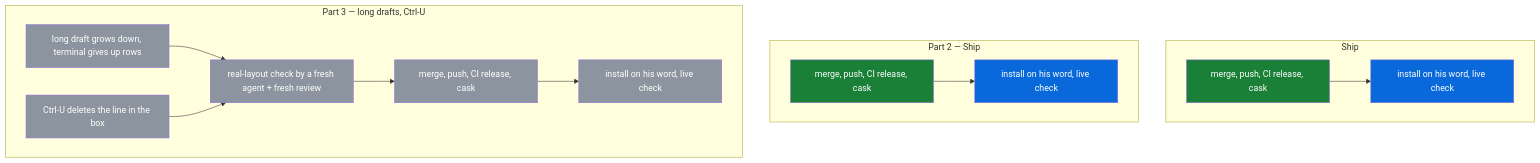
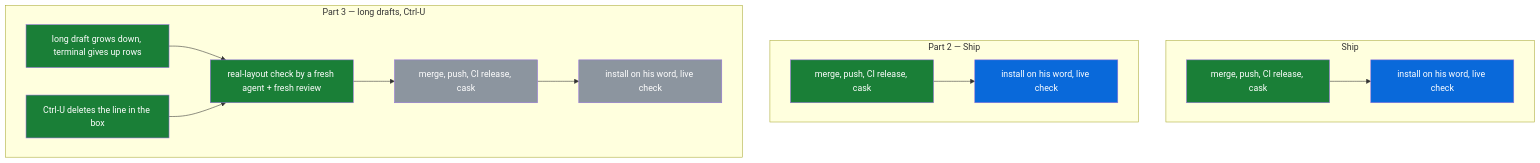
One commit to michaeljryoung/patton changed the diagram in docs/compose-box.md. Above: the diagram before and after it, drawn with Mermaid. The commit also changed other lines of this file, not shown here.

Commit message:
Compose box map: long drafts make room below and Ctrl-U built, checked and reviewed (S60)

````diff
--- a/docs/compose-box.md
+++ b/docs/compose-box.md
@@ -14,30 +14,30 @@
 ```mermaid
 flowchart TD
   subgraph S["Ship"]
     box_release[merge, push, CI release, cask]:::done
     box_ship[install on his word, live check]:::live
   end
   subgraph OS["Part 2 — Ship"]
     bar_release[merge, push, CI release, cask]:::done
     bar_ship[install on his word, live check]:::live
   end
   subgraph P3["Part 3 — long drafts, Ctrl-U"]
-    draft_room[long draft grows down, terminal gives up rows]:::todo
-    ctrl_u[Ctrl-U deletes the line in the box]:::todo
-    room_check[real-layout check by a fresh agent + fresh review]:::todo
+    draft_room[long draft grows down, terminal gives up rows]:::done
+    ctrl_u[Ctrl-U deletes the line in the box]:::done
+    room_check[real-layout check by a fresh agent + fresh review]:::done
     room_release[merge, push, CI release, cask]:::todo
     room_ship[install on his word, live check]:::todo
   end
   draft_room --> room_check
   ctrl_u --> room_check
   room_check --> room_release
   room_release --> room_ship
   box_release --> box_ship
   bar_release --> bar_ship
   classDef done fill:#1a7f37,color:#fff
   classDef live fill:#0969da,color:#fff
   classDef todo fill:#8c959f,color:#fff
   classDef blocked fill:#cf222e,color:#fff
   classDef dropped fill:#eaeef2,color:#57606a
   classDef superseded fill:#eaeef2,color:#57606a
 ```
````
